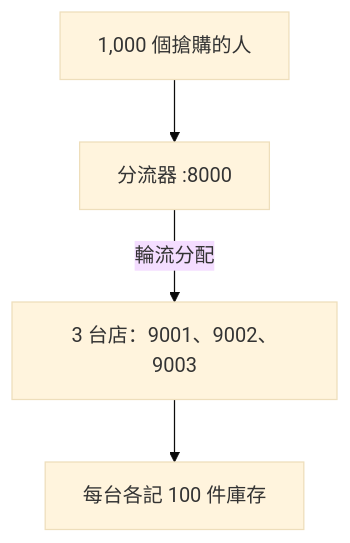
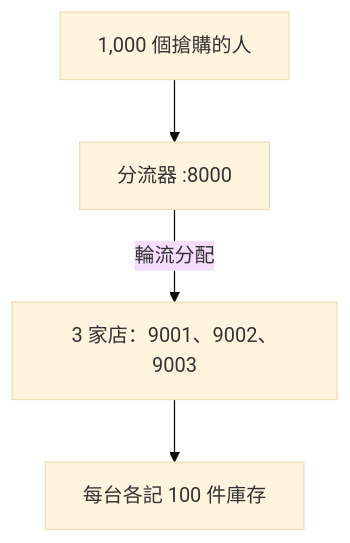
The first of 2 diagrams in content/posts/go-high-concurrency-distributed/index.mdx (duncan-wen/dwen-cms), drawn with Mermaid (base theme) before and after one commit. The commit also changed other lines of this file and 1 other file, not shown here.

````diff
--- a/content/posts/go-high-concurrency-distributed/index.mdx
+++ b/content/posts/go-high-concurrency-distributed/index.mdx
@@ -159,6 +159,6 @@
 ```mermaid
 flowchart TD
   buyers[1,000 個搶購的人] --> lb[分流器 :8000]
-  lb -->|輪流分配| shops[3 台店：9001、9002、9003]
+  lb -->|輪流分配| shops[3 家店：9001、9002、9003]
   shops --> own[每台各記 100 件庫存]
 ```
````
